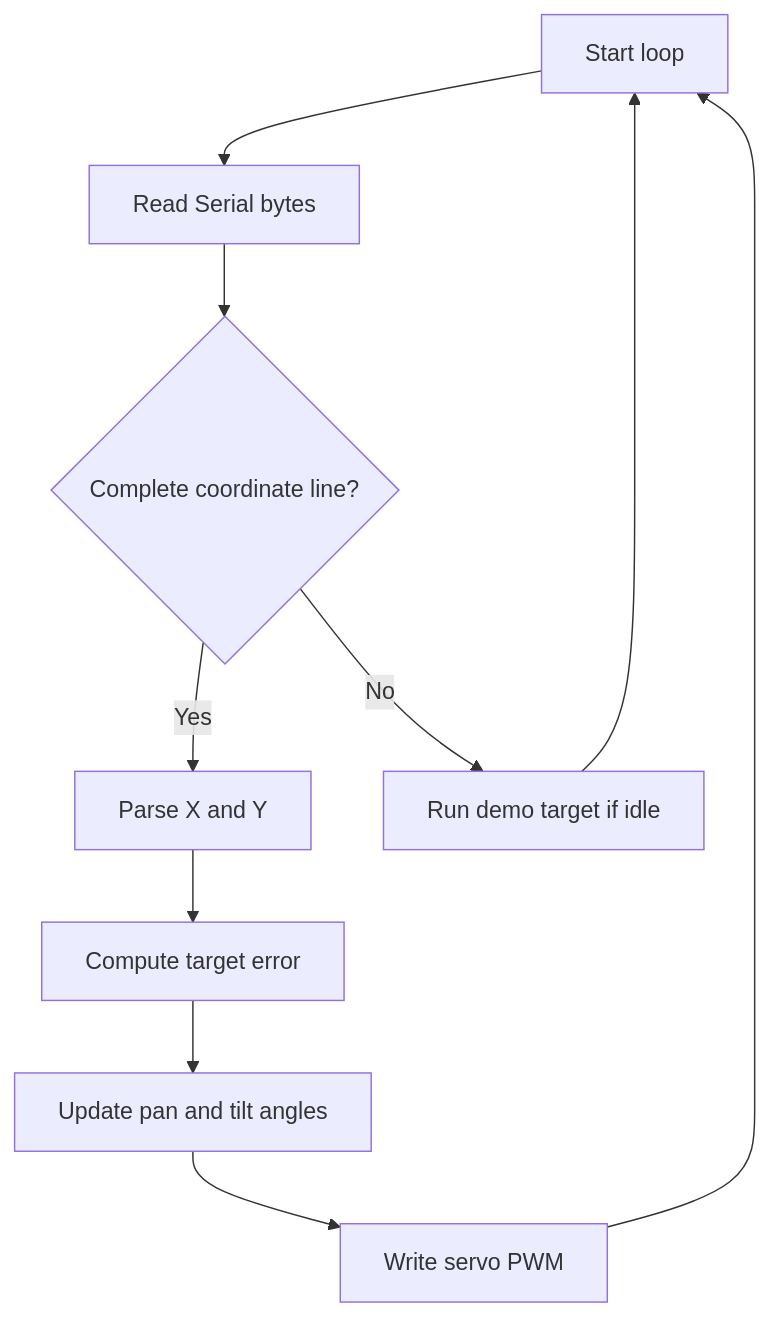
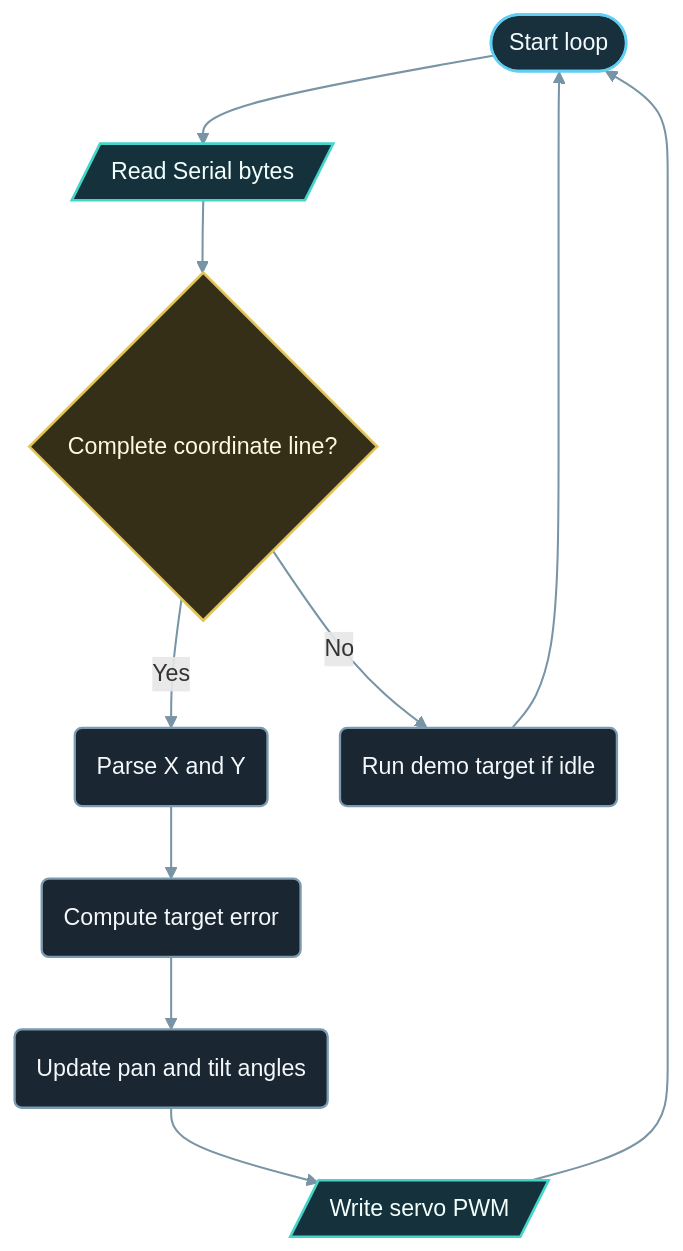
The diagram in examples_on_platformio/camera_tracking/docs/Implementation_Guide.md (ProAmineOfficial/NanoKit-ESP32), drawn with Mermaid before and after one commit. The commit also changed 15 other files, not shown here.

Commit message:
docs: apply semantic Mermaid styling

````diff
--- a/examples_on_platformio/camera_tracking/docs/Implementation_Guide.md
+++ b/examples_on_platformio/camera_tracking/docs/Implementation_Guide.md
@@ -16,12 +16,22 @@
 ```mermaid
 flowchart TD
-  A[Start loop] --> B[Read Serial bytes]
+  A([Start loop]) --> B[/Read Serial bytes/]
   B --> C{Complete coordinate line?}
-  C -- Yes --> D[Parse X and Y]
-  C -- No --> E[Run demo target if idle]
-  D --> F[Compute target error]
-  F --> G[Update pan and tilt angles]
-  G --> H[Write servo PWM]
+  C -- Yes --> D(Parse X and Y)
+  C -- No --> E(Run demo target if idle)
+  D --> F(Compute target error)
+  F --> G(Update pan and tilt angles)
+  G --> H[/Write servo PWM/]
   E --> A
   H --> A
+
+  classDef start fill:#17303b,stroke:#61cef3,stroke-width:1.8px,color:#f3fbff
+  classDef process fill:#1a2631,stroke:#7b9bb0,stroke-width:1.6px,color:#f4f8fb
+  classDef decision fill:#362f18,stroke:#e0c45b,stroke-width:1.8px,color:#fff9de
+  classDef io fill:#15313c,stroke:#43d5ca,stroke-width:1.8px,color:#f3fffd
+  class A start
+  class C decision
+  class B,H io
+  class D,E,F,G process
+  linkStyle default stroke:#7894a5,stroke-width:1.4px
 ```
````
